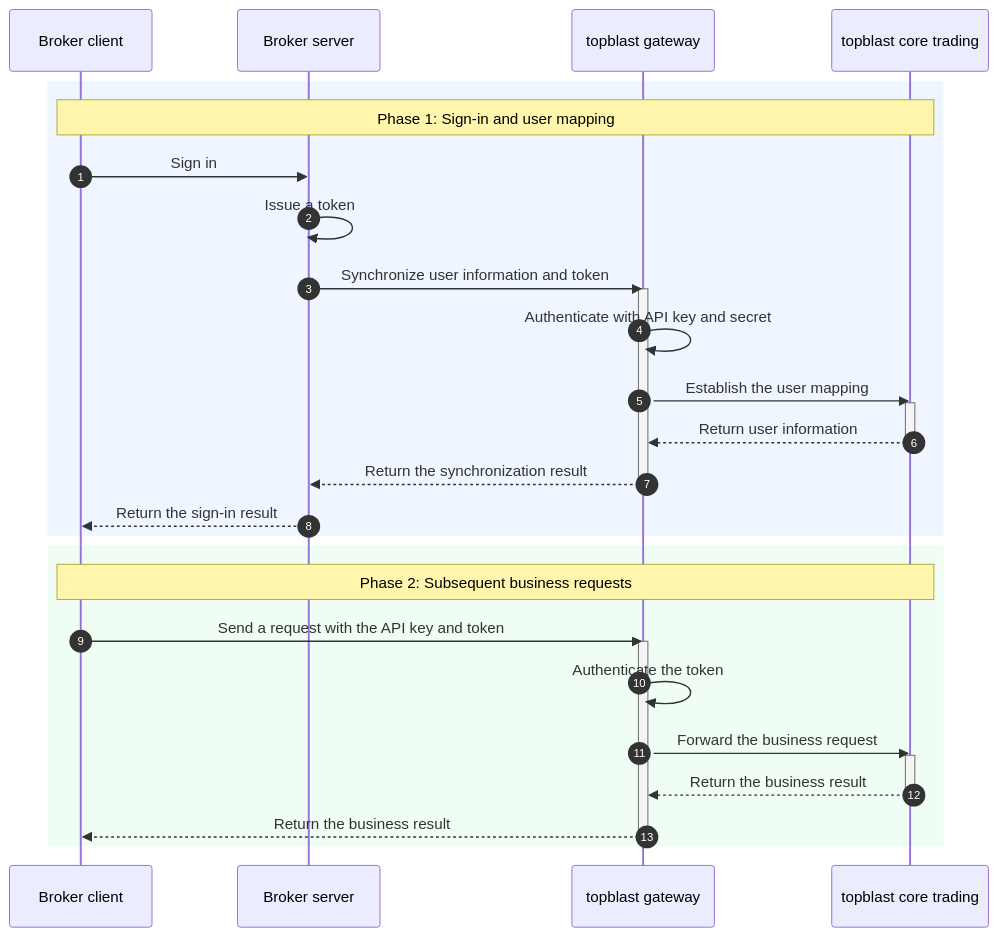
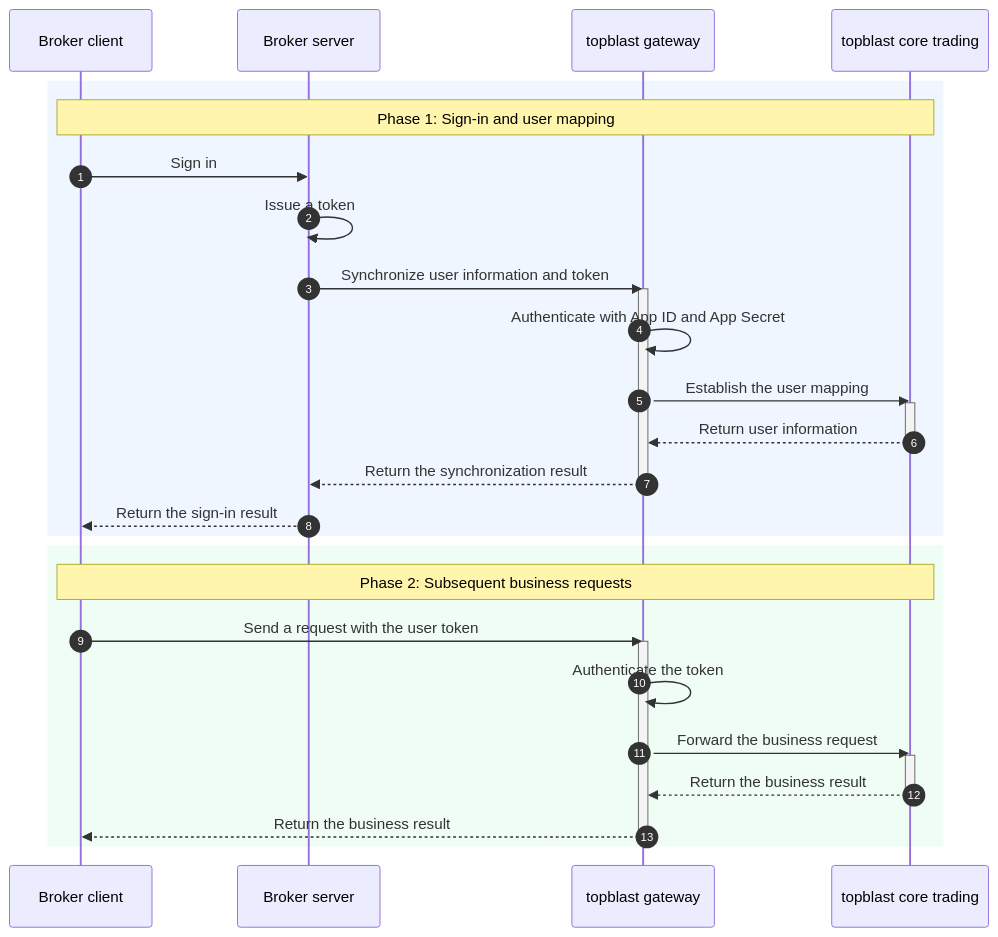
One commit to topblast-trade/docs changed the diagram in en/broker/guide/introduction.mdx. Above: the diagram before and after it, drawn with Mermaid. The commit also changed other lines of this file and 20 other files, not shown here.

````diff
--- a/en/broker/guide/introduction.mdx
+++ b/en/broker/guide/introduction.mdx
@@ -48,40 +48,40 @@
 ```mermaid
 sequenceDiagram
     autonumber
 
     participant BrokerClient as Broker client
     participant BrokerServer as Broker server
     participant Gateway as topblast gateway
     participant Core as topblast core trading
 
     rect rgb(239, 246, 255)
         Note over BrokerClient,Core: Phase 1: Sign-in and user mapping
 
         BrokerClient->>BrokerServer: Sign in
         BrokerServer->>BrokerServer: Issue a token
         BrokerServer->>Gateway: Synchronize user information and token
         activate Gateway
-        Gateway->>Gateway: Authenticate with API key and secret
+        Gateway->>Gateway: Authenticate with App ID and App Secret
         Gateway->>Core: Establish the user mapping
         activate Core
         Core-->>Gateway: Return user information
         deactivate Core
         Gateway-->>BrokerServer: Return the synchronization result
         deactivate Gateway
         BrokerServer-->>BrokerClient: Return the sign-in result
     end
 
     rect rgb(240, 253, 244)
         Note over BrokerClient,Core: Phase 2: Subsequent business requests
 
-        BrokerClient->>Gateway: Send a request with the API key and token
+        BrokerClient->>Gateway: Send a request with the user token
         activate Gateway
         Gateway->>Gateway: Authenticate the token
         Gateway->>Core: Forward the business request
         activate Core
         Core-->>Gateway: Return the business result
         deactivate Core
         Gateway-->>BrokerClient: Return the business result
         deactivate Gateway
     end
 ```
````
